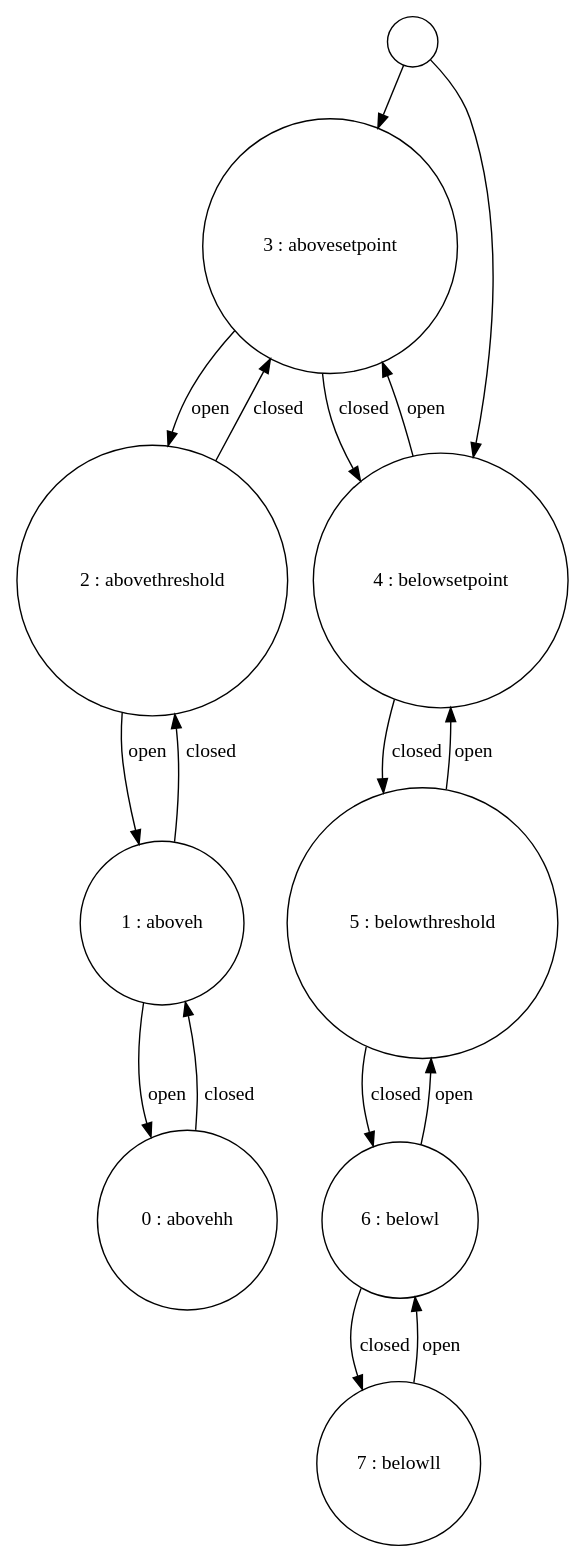
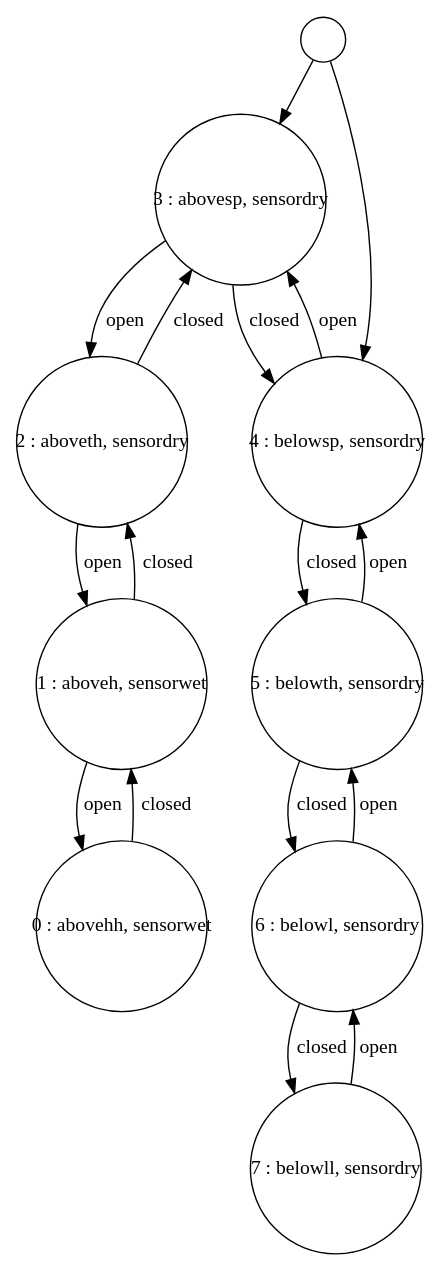
The diagram in qbf/plant-synthesis/water-level-1.dot (ulyantsev/EFSM-tools), drawn with Graphviz before and after one commit. The commit also changed 24 other files, not shown here.

```diff
--- a/qbf/plant-synthesis/water-level-1.dot
+++ b/qbf/plant-synthesis/water-level-1.dot
@@ -1,29 +1,30 @@
 # generated file
 # command: dot -Tpng <filename> > filename.png
 digraph Automaton {
-    init [shape = circle] [size=0.2] [label=" "];
-    0 [label = "0 : abovehh"] [shape=circle];
-    1 [label = "1 : aboveh"] [shape=circle];
-    2 [label = "2 : abovethreshold"] [shape=circle];
-    3 [label = "3 : abovesetpoint"] [shape=circle];
+    init [shape = circle, width=0.1, height=0.1, label=" "];
+    node [fixedsize=true, width=1.7, height=1.7];
+    0 [label = "0 : abovehh, sensorwet"] [shape=circle];
+    1 [label = "1 : aboveh, sensorwet"] [shape=circle];
+    2 [label = "2 : aboveth, sensordry"] [shape=circle];
+    3 [label = "3 : abovesp, sensordry"] [shape=circle];
     init -> 3;
-    4 [label = "4 : belowsetpoint"] [shape=circle];
+    4 [label = "4 : belowsp, sensordry"] [shape=circle];
     init -> 4;
-    5 [label = "5 : belowthreshold"] [shape=circle];
-    6 [label = "6 : belowl"] [shape=circle];
-    7 [label = "7 : belowll"] [shape=circle];
+    5 [label = "5 : belowth, sensordry"] [shape=circle];
+    6 [label = "6 : belowl, sensordry"] [shape=circle];
+    7 [label = "7 : belowll, sensordry"] [shape=circle];
     0 -> 1 [label = "closed"];
     1 -> 0 [label = "open"];
     1 -> 2 [label = "closed"];
     2 -> 1 [label = "open"];
     2 -> 3 [label = "closed"];
     3 -> 2 [label = "open"];
     3 -> 4 [label = "closed"];
     4 -> 3 [label = "open"];
     4 -> 5 [label = "closed"];
     5 -> 4 [label = "open"];
     5 -> 6 [label = "closed"];
     6 -> 5 [label = "open"];
     6 -> 7 [label = "closed"];
     7 -> 6 [label = "open"];
 }
```
